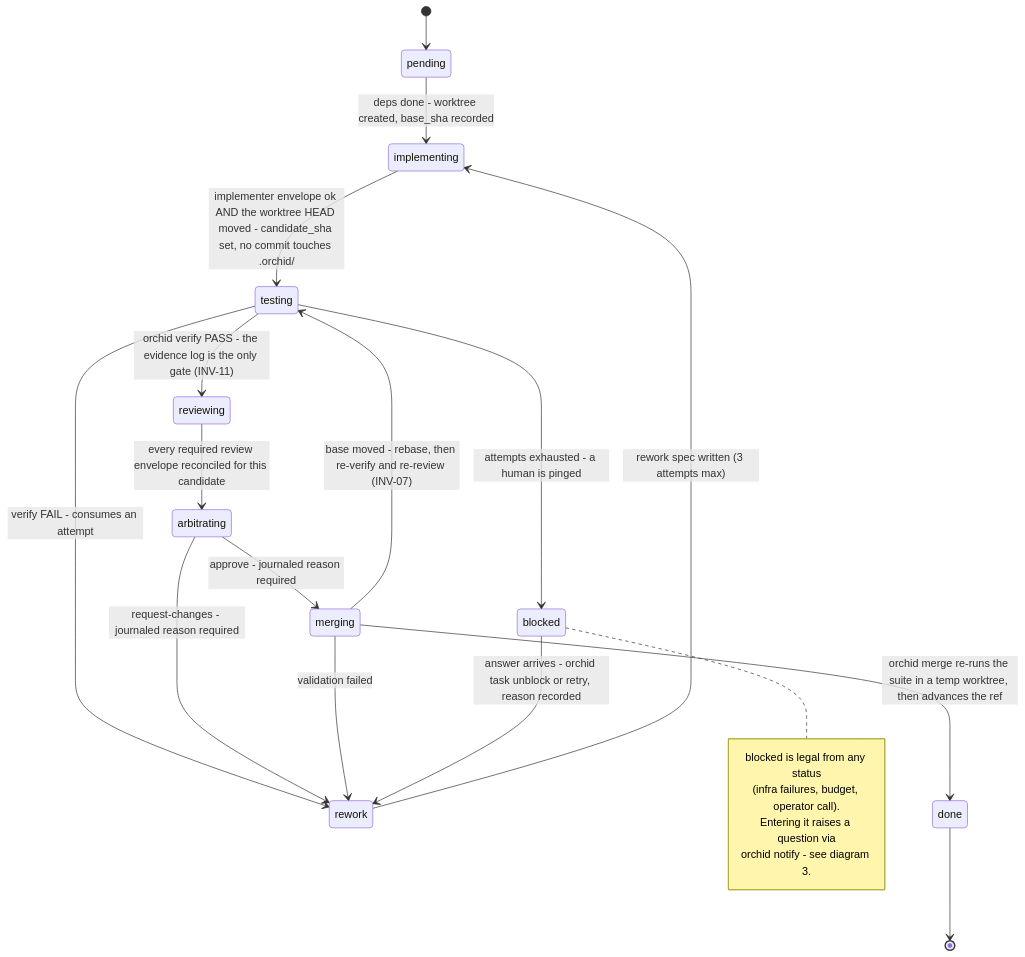
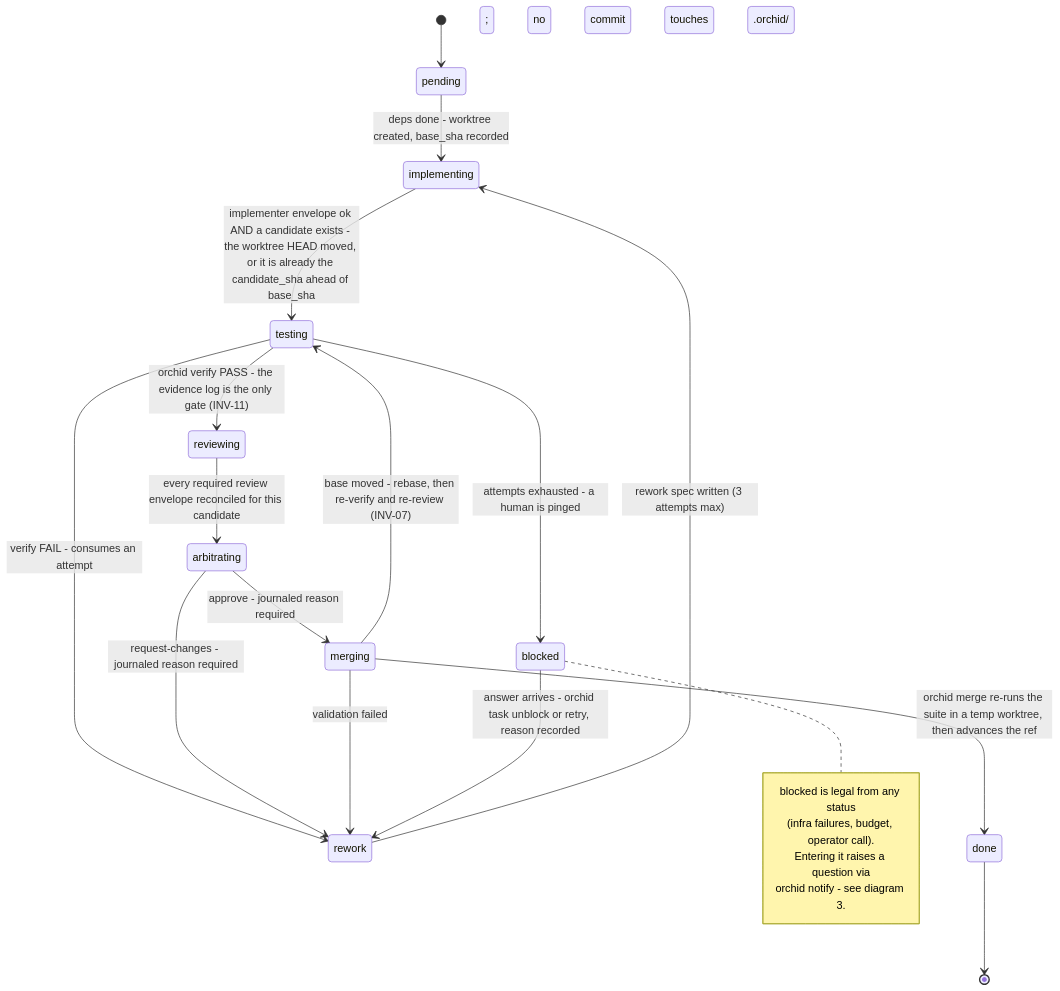
The second of 5 diagrams in docs/architecture.md (bilal-/orchid), drawn with Mermaid before and after one commit. The commit also changed 5 other files, not shown here.

Commit message:
T040: Distinguish an already-delivered candidate from a no-op delivery

````diff
--- a/docs/architecture.md
+++ b/docs/architecture.md
@@ -119,24 +119,24 @@
 ```mermaid
 stateDiagram-v2
     [*] --> pending
     pending --> implementing: deps done - worktree created, base_sha recorded
-    implementing --> testing: implementer envelope ok AND the worktree HEAD moved - candidate_sha set, no commit touches .orchid/
+    implementing --> testing: implementer envelope ok AND a candidate exists - the worktree HEAD moved, or it is already the candidate_sha ahead of base_sha; no commit touches .orchid/
     testing --> reviewing: orchid verify PASS - the evidence log is the only gate (INV-11)
     testing --> rework: verify FAIL - consumes an attempt
     reviewing --> arbitrating: every required review envelope reconciled for this candidate
     arbitrating --> merging: approve - journaled reason required
     arbitrating --> rework: request-changes - journaled reason required
     merging --> done: orchid merge re-runs the suite in a temp worktree, then advances the ref
     merging --> rework: validation failed
     merging --> testing: base moved - rebase, then re-verify and re-review (INV-07)
     rework --> implementing: rework spec written (3 attempts max)
     testing --> blocked: attempts exhausted - a human is pinged
     blocked --> rework: answer arrives - orchid task unblock or retry, reason recorded
     done --> [*]
     note right of blocked
         blocked is legal from any status
         (infra failures, budget, operator call).
         Entering it raises a question via
         orchid notify - see diagram 3.
     end note
 ```
````
